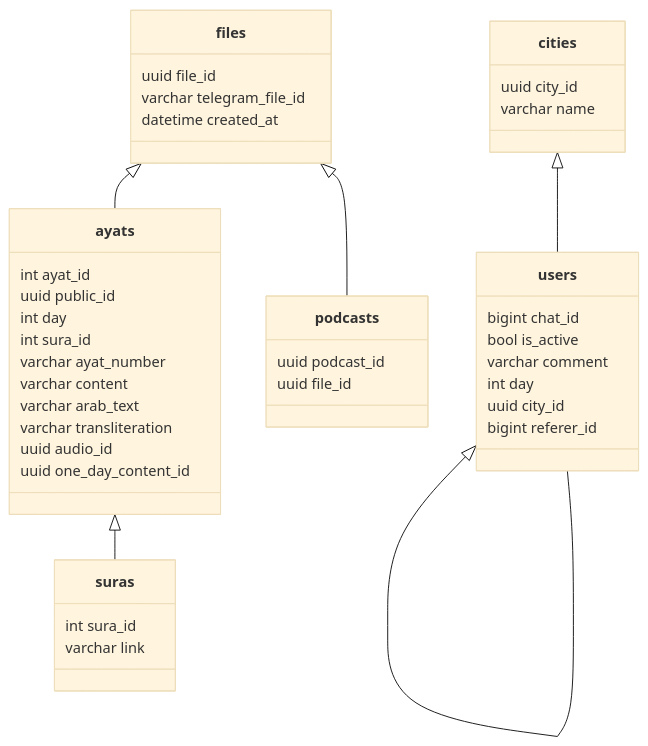
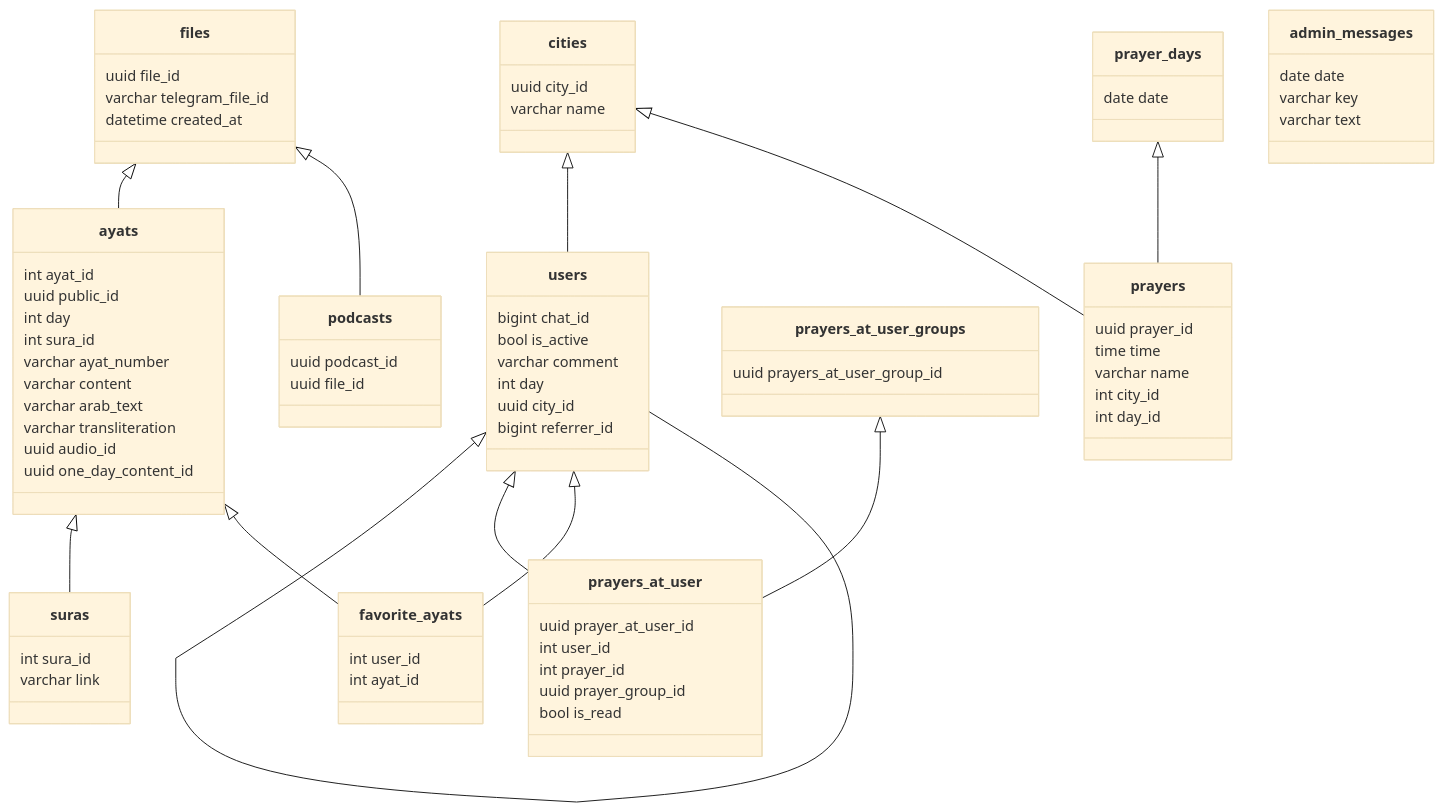
One commit to blablatdinov/tg-quranbot changed the first of 3 diagrams in docs/db_schema_specification.md. Above: the diagram before and after it, drawn with Mermaid (base theme). The commit also changed other lines of this file and 61 other files, not shown here.

````diff
--- a/docs/db_schema_specification.md
+++ b/docs/db_schema_specification.md
@@ -3,45 +5,80 @@
 ```mermaid
 classDiagram
     files <|-- ayats
     files <|-- podcasts
     users <|-- users
     ayats <|-- suras
     cities <|-- users
+    users <|-- prayers_at_user
+    prayers_at_user_groups <|-- prayers_at_user
+    cities <|-- prayers
+    prayer_days <|-- prayers
+    users <|-- favorite_ayats
+    ayats <|-- favorite_ayats
     class ayats{
         int ayat_id
         uuid public_id
         int day
         int sura_id
         varchar ayat_number
         varchar content
         varchar arab_text
         varchar transliteration
         uuid audio_id
         uuid one_day_content_id
+    }
+    class favorite_ayats{
+        int user_id
+        int ayat_id
     }
     class suras{
         int sura_id
         varchar link
     }
     class files{
         uuid file_id
         varchar telegram_file_id
         datetime created_at
     }
     class users{
         bigint chat_id
         bool is_active
         varchar comment
         int day
         uuid city_id
-        bigint referer_id
+        bigint referrer_id
     }
     class cities{
         uuid city_id
         varchar name
     }
     class podcasts{
         uuid podcast_id
         uuid file_id
     }
+    class prayers{
+        uuid prayer_id
+        time time
+        varchar name
+        int city_id
+        int day_id
+    }
+    class prayers_at_user{
+        uuid prayer_at_user_id
+        int user_id
+        int prayer_id
+        uuid prayer_group_id
+        bool is_read
+    }
+    class prayers_at_user_groups{
+        uuid prayers_at_user_group_id
+    }
+    class prayer_days{
+        date date
+    }
+    class admin_messages{
+        date date
+        varchar key
+        varchar text
+    }
 ```
````
